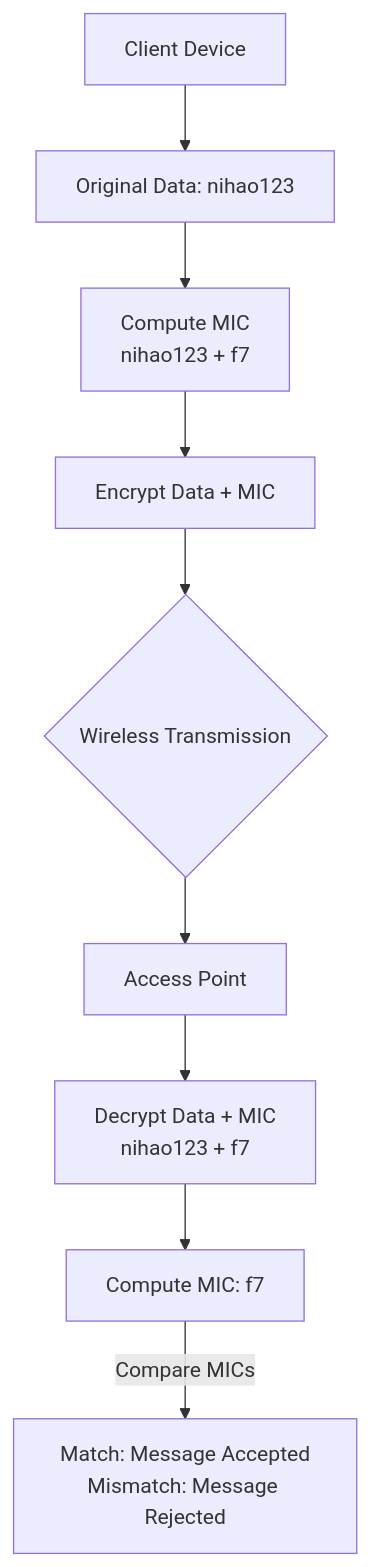
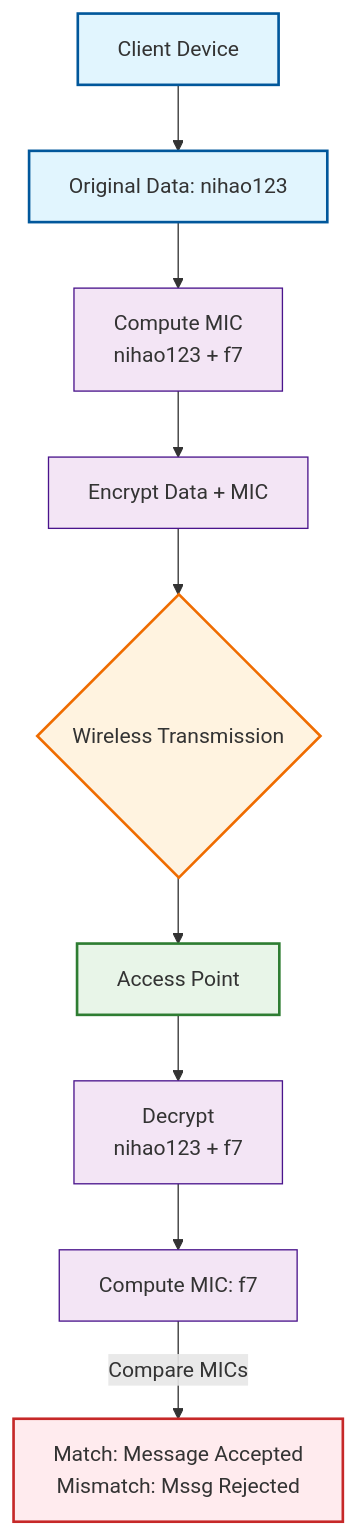
One commit to crossingts/cybersecurityfoundations changed the diagram in 5.-cryptography-and-wireless-security/wireless-privacy-and-integrity-methods/README.md. Above: the diagram before and after it, drawn with Mermaid. The commit also changed other lines of this file, not shown here.

Commit message:
manual vault backup: 2025-11-02 19:08:51

````diff
--- a/5.-cryptography-and-wireless-security/wireless-privacy-and-integrity-methods/README.md
+++ b/5.-cryptography-and-wireless-security/wireless-privacy-and-integrity-methods/README.md
@@ -65,11 +67,49 @@
-```mermaid
+```mermaid 
 graph TB
-    Client[Client Device] --> Data1[Original Data: nihao123]
-    Data1 --> ComputeMIC[Compute MIC<br/>nihao123 + f7]
-    ComputeMIC --> Encrypt[Encrypt Data + MIC]
-    Encrypt --> Wireless{Wireless Transmission}
-    Wireless --> AP[Access Point]
-    AP --> Decrypt[Decrypt Data + MIC<br/>nihao123 + f7]
-    Decrypt --> ComputeMIC2[Compute MIC: f7]
-    ComputeMIC2 -->|Compare MICs| Results[Match: Message Accepted<br/>Mismatch: Message Rejected]
+
+%% Client Side Process
+
+Client[Client Device] --> Data1[Original Data: nihao123]
+
+Data1 --> ComputeMIC[Compute MIC<br/>nihao123 + f7]
+
+ComputeMIC --> Encrypt[Encrypt Data + MIC]
+
+%% Transmission to AP
+
+Encrypt --> Wireless{Wireless Transmission}
+
+%% AP Side Process
+
+Wireless --> AP[Access Point]
+
+AP --> Decrypt[Decrypt<br/>nihao123 + f7]
+
+Decrypt --> ComputeMIC2[Compute MIC: f7]
+
+%% Comparison and Results
+
+ComputeMIC2 -->|Compare MICs| Results[Match: Message Accepted<br/>Mismatch: Mssg Rejected]
+
+%% Styling for LinkedIn featured image
+
+classDef client fill:#e1f5fe,stroke:#01579b,stroke-width:2px
+
+classDef ap fill:#e8f5e8,stroke:#2e7d32,stroke-width:2px
+
+classDef process fill:#f3e5f5,stroke:#4a148c,stroke-width:1px
+
+classDef decision fill:#fff3e0,stroke:#ef6c00,stroke-width:2px
+
+classDef results fill:#ffebee,stroke:#c62828,stroke-width:2px
+
+class Client,Data1,ComputeMIC,Encrypt client
+
+class AP,Decrypt,ComputeMIC2 ap
+
+class ComputeMIC,Encrypt,Decrypt,ComputeMIC2 process
+
+class Wireless decision
+
+class Results results
 ```
````
